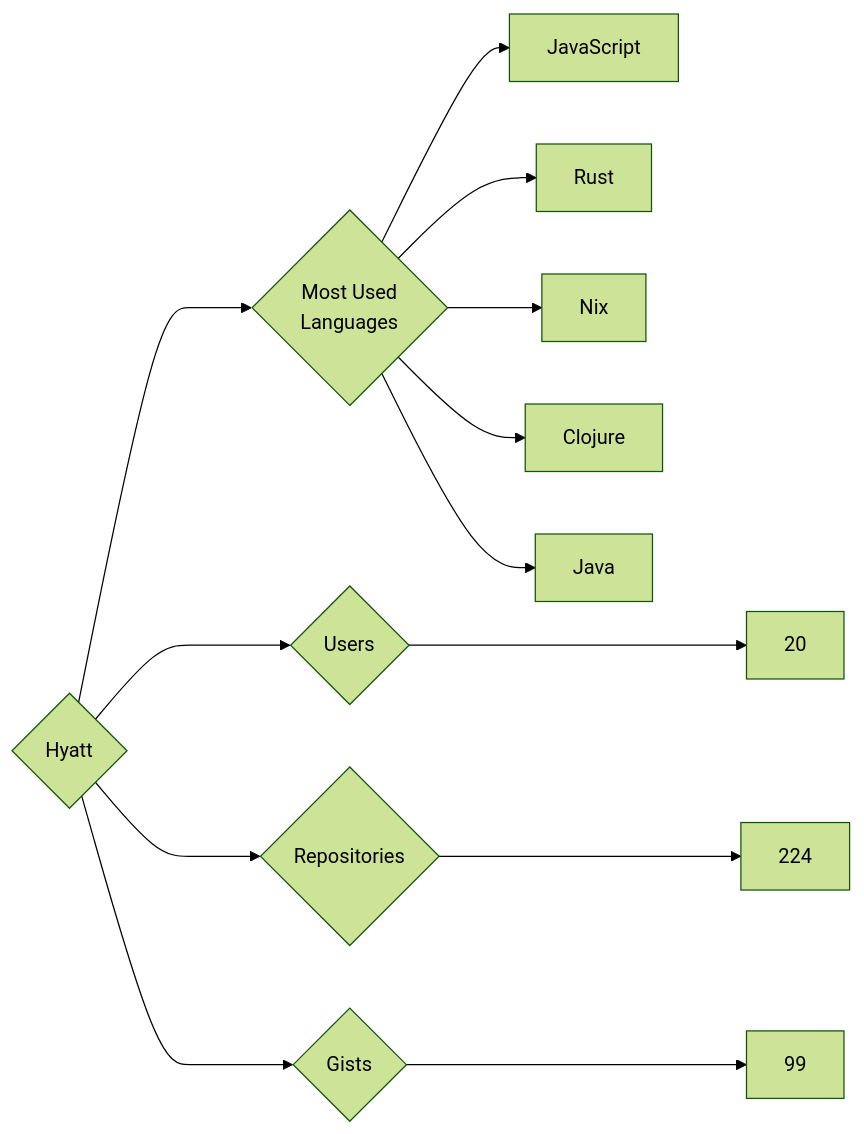
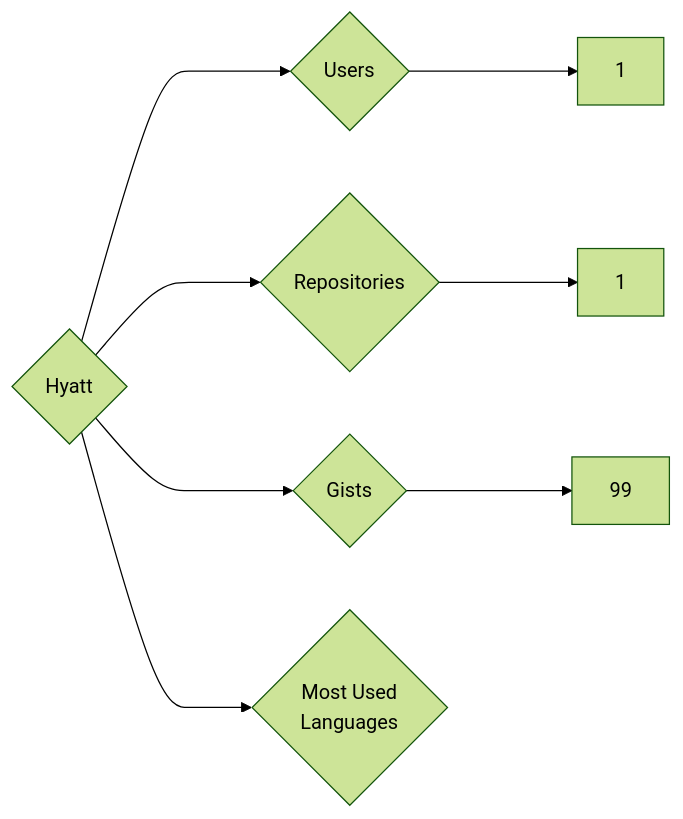
The diagram in targets/Hyatt/README.md (trickest/insiders), drawn with Mermaid (forest theme) before and after one commit. The commit also changed 823 other files, not shown here.

````diff
--- a/targets/Hyatt/README.md
+++ b/targets/Hyatt/README.md
@@ -3,13 +3,8 @@
 ```mermaid
 graph LR
 COMPANY_NAME{Hyatt}
-COMPANY_NAME ---> U{Users} ---> UN[20]
-COMPANY_NAME ---> R{Repositories} ---> RN[224]
+COMPANY_NAME ---> U{Users} ---> UN[1]
+COMPANY_NAME ---> R{Repositories} ---> RN[1]
 COMPANY_NAME ---> G{Gists} ---> GN[99]
 COMPANY_NAME ---> ML{Most Used<br>Languages}
-ML --> JavaScript[JavaScript]
-ML --> Rust[Rust]
-ML --> Nix[Nix]
-ML --> Clojure[Clojure]
-ML --> Java[Java]
 ```
````
